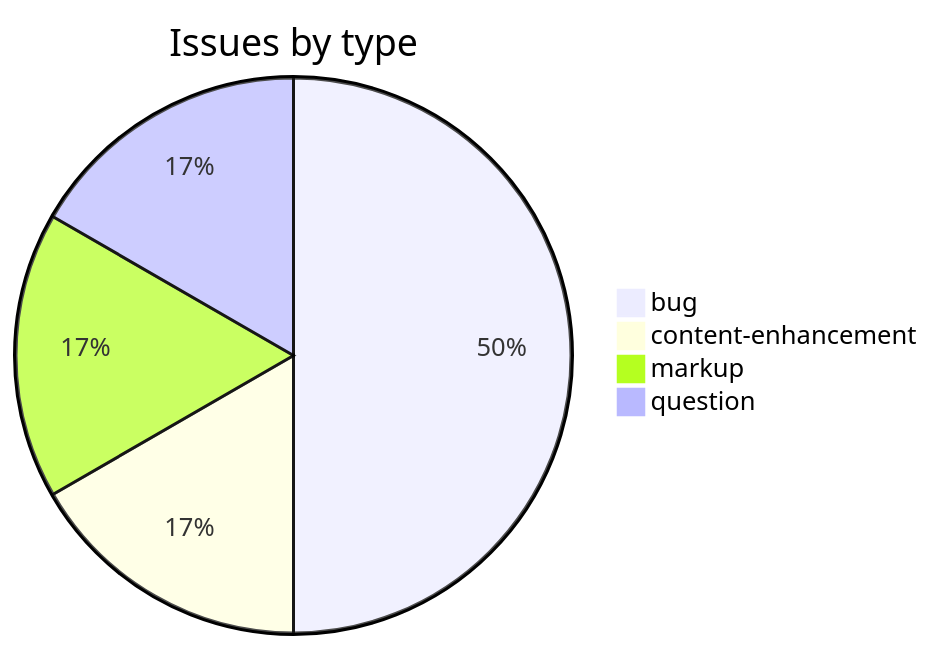
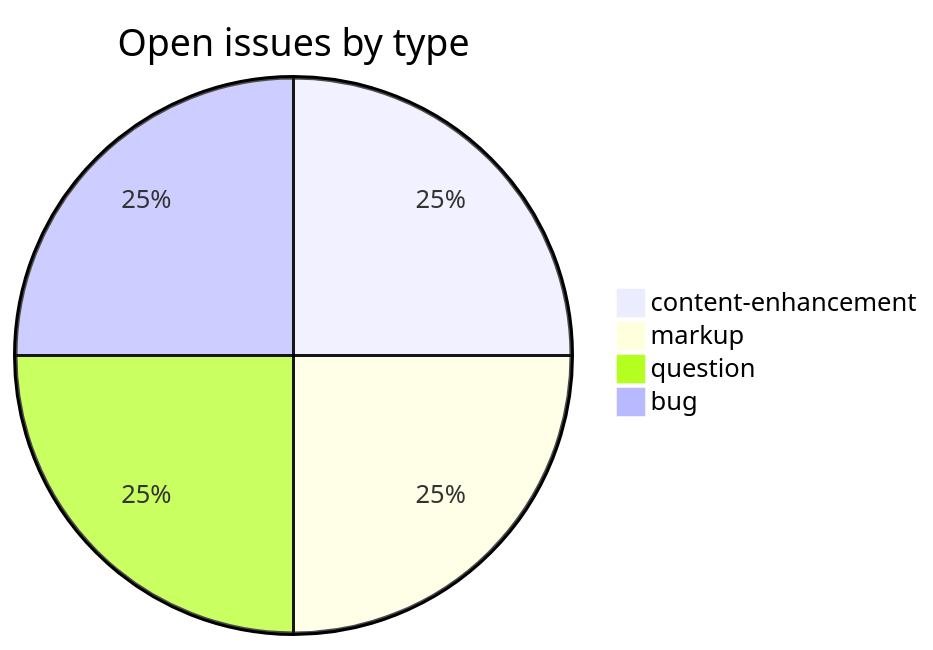
One commit to sanskrit-lexicon/DCS changed the third of 3 diagrams in README.md. Above: the diagram before and after it, drawn with Mermaid. The commit also changed other lines of this file, not shown here.

````diff
--- a/README.md
+++ b/README.md
@@ -100,7 +101,7 @@
 ```mermaid
-pie title Issues by type
-  "bug" : 3
+pie title Open issues by type
   "content-enhancement" : 1
   "markup" : 1
   "question" : 1
+  "bug" : 1
 ```
````
